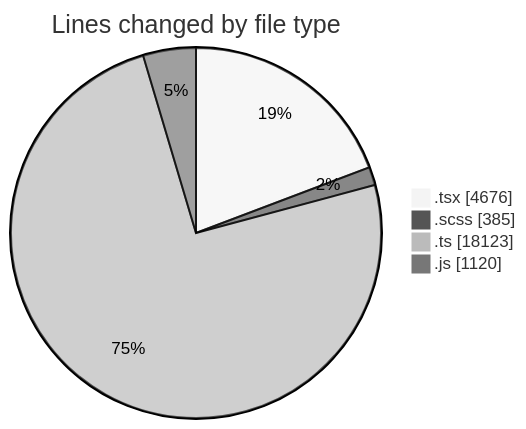
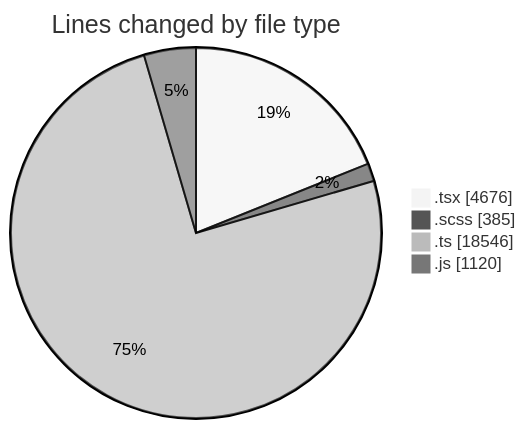
Before and after one commit to momahboobian/code-tracking: the first of 2 diagrams in 2025-06-17/cda/README.md, drawn with Mermaid (neutral theme). The commit also changed other lines of this file and 1 other file, not shown here.

````diff
--- a/2025-06-17/cda/README.md
+++ b/2025-06-17/cda/README.md
@@ -43,8 +44,8 @@
 ```mermaid
 pie showData
 title Lines changed by file type
 ".tsx" : 4676
 ".scss" : 385
-".ts" : 18123
+".ts" : 18546
 ".js" : 1120
 ```
````
